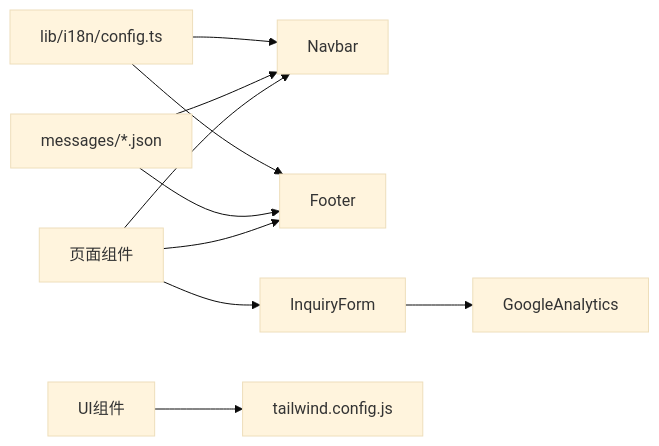
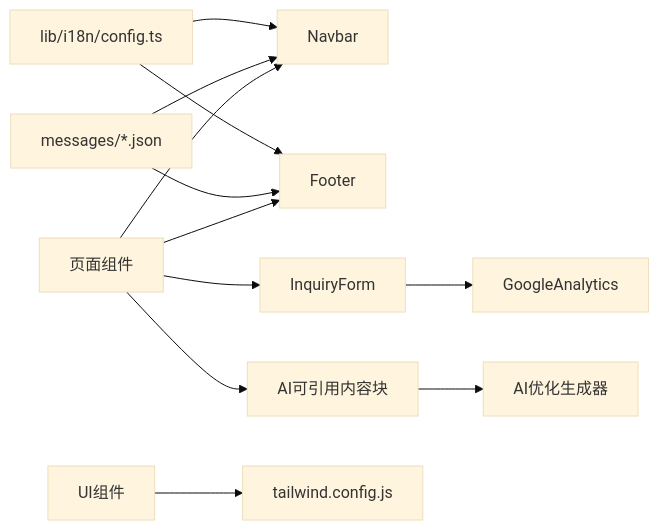
One commit to waltzhan/LEDTrade changed the fifth of 5 diagrams in .qoder/repowiki/zh/content/用户界面组件/用户界面组件.md. Above: the diagram before and after it, drawn with Mermaid (base theme). The commit also changed other lines of this file and 20 other files, not shown here.

````diff
--- a/.qoder/repowiki/zh/content/用户界面组件/用户界面组件.md
+++ b/.qoder/repowiki/zh/content/用户界面组件/用户界面组件.md
@@ -270,12 +344,14 @@
 ```mermaid
 graph LR
 I18N["lib/i18n/config.ts"] --> NAV["Navbar"]
 I18N --> FOOT["Footer"]
 MSG["messages/*.json"] --> NAV
 MSG --> FOOT
 PAGE["页面组件"] --> NAV
 PAGE --> FOOT
 PAGE --> IF["InquiryForm"]
+PAGE --> ACB["AI可引用内容块"]
+ACB --> AIC["AI优化生成器"]
 IF --> GA["GoogleAnalytics"]
 UI["UI组件"] --> TW["tailwind.config.js"]
 ```
````
